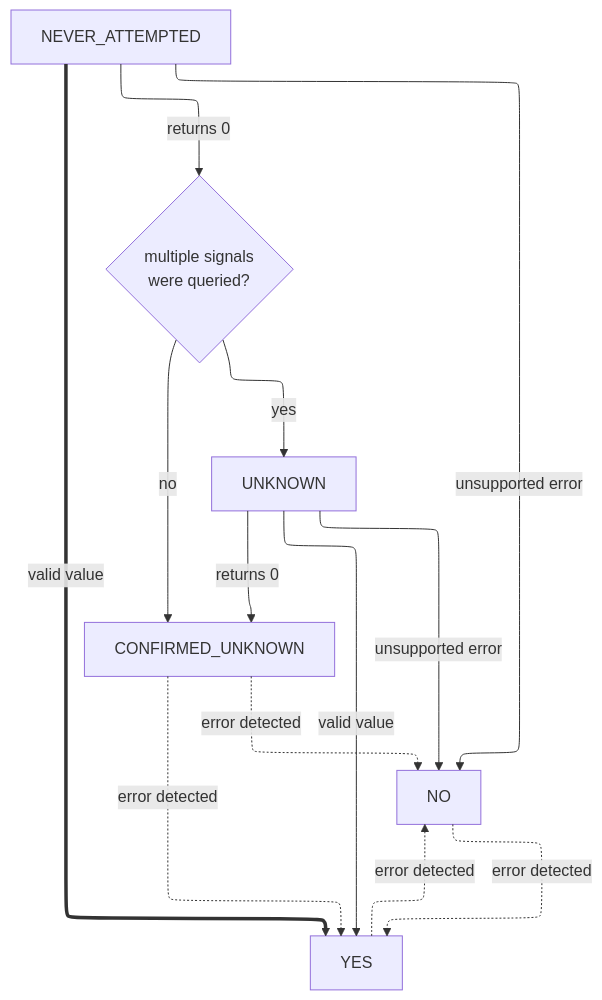
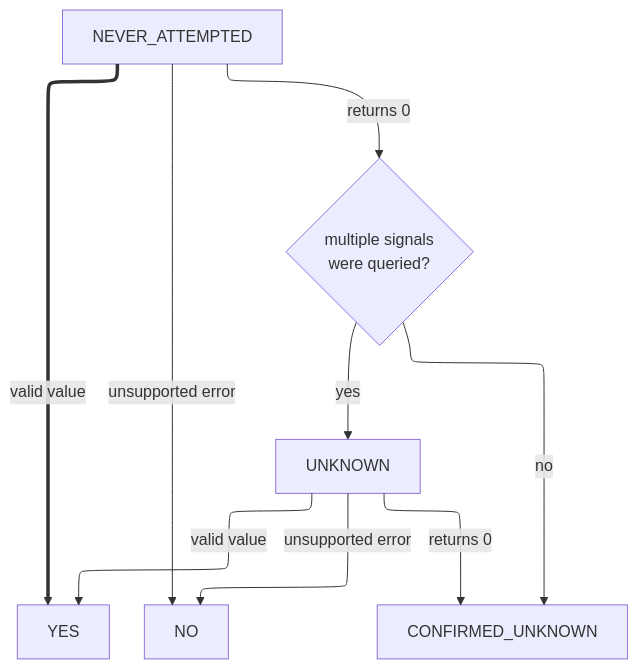
The first of 2 diagrams in custom_components/sungrow/core/signal_supported.md (AlexanderLanin/homeassistant-sungrow), drawn with Mermaid before and after one commit. The commit also changed other lines of this file, not shown here.

Commit message:
drop error transitions

````diff
--- a/custom_components/sungrow/core/signal_supported.md
+++ b/custom_components/sungrow/core/signal_supported.md
@@ -2,21 +2,16 @@
 ```mermaid
 %%{init: {"flowchart": {"defaultRenderer": "elk"}} }%%
 graph
     first_query_unknown{multiple signals <br/> were queried?}
 
     NEVER_ATTEMPTED ==valid value=======> YES
     NEVER_ATTEMPTED --unsupported error--> NO
     NEVER_ATTEMPTED --returns 0--> first_query_unknown
 
     first_query_unknown -- yes --> UNKNOWN
     first_query_unknown -- no --> CONFIRMED_UNKNOWN
 
     UNKNOWN --returns 0--> CONFIRMED_UNKNOWN
     UNKNOWN --valid value--> YES
     UNKNOWN --unsupported error--> NO
-
-    YES -.error detected.-> NO
-    NO -.error detected.-> YES
-    CONFIRMED_UNKNOWN -.error detected.-> YES
-    CONFIRMED_UNKNOWN -.error detected.-> NO    
 ```
````
